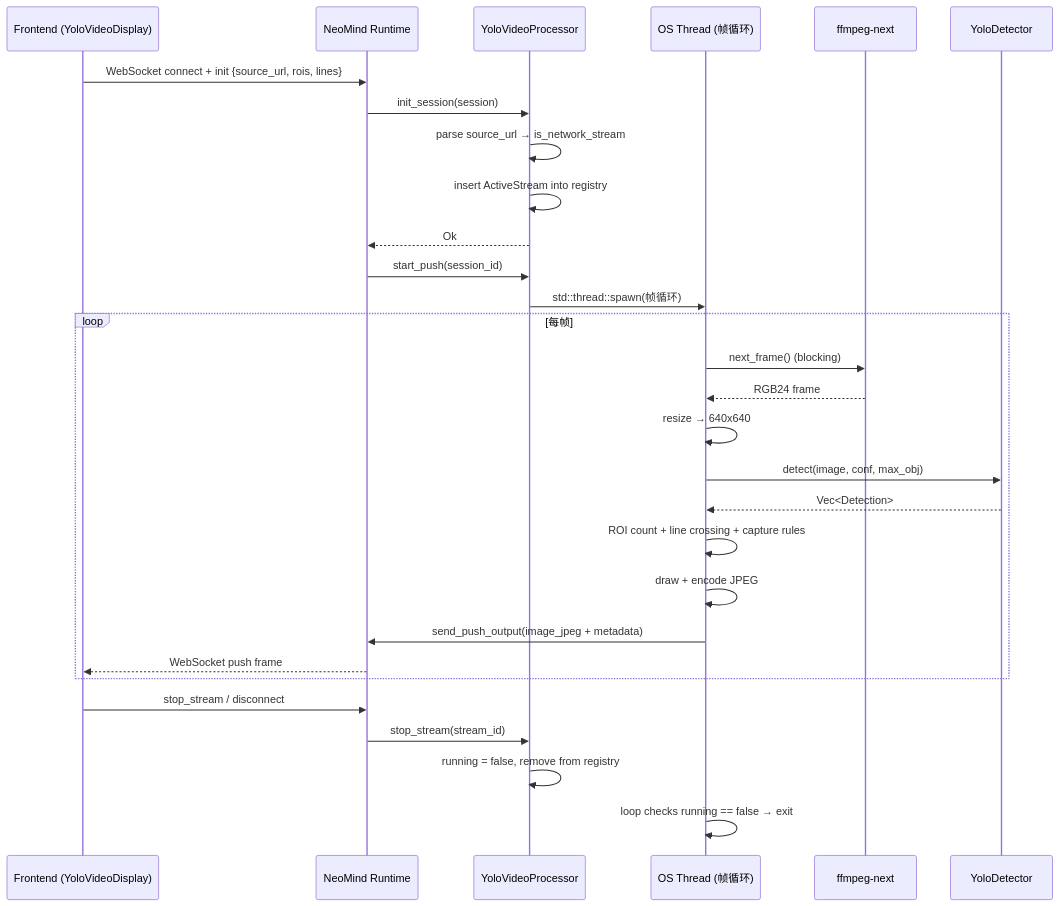
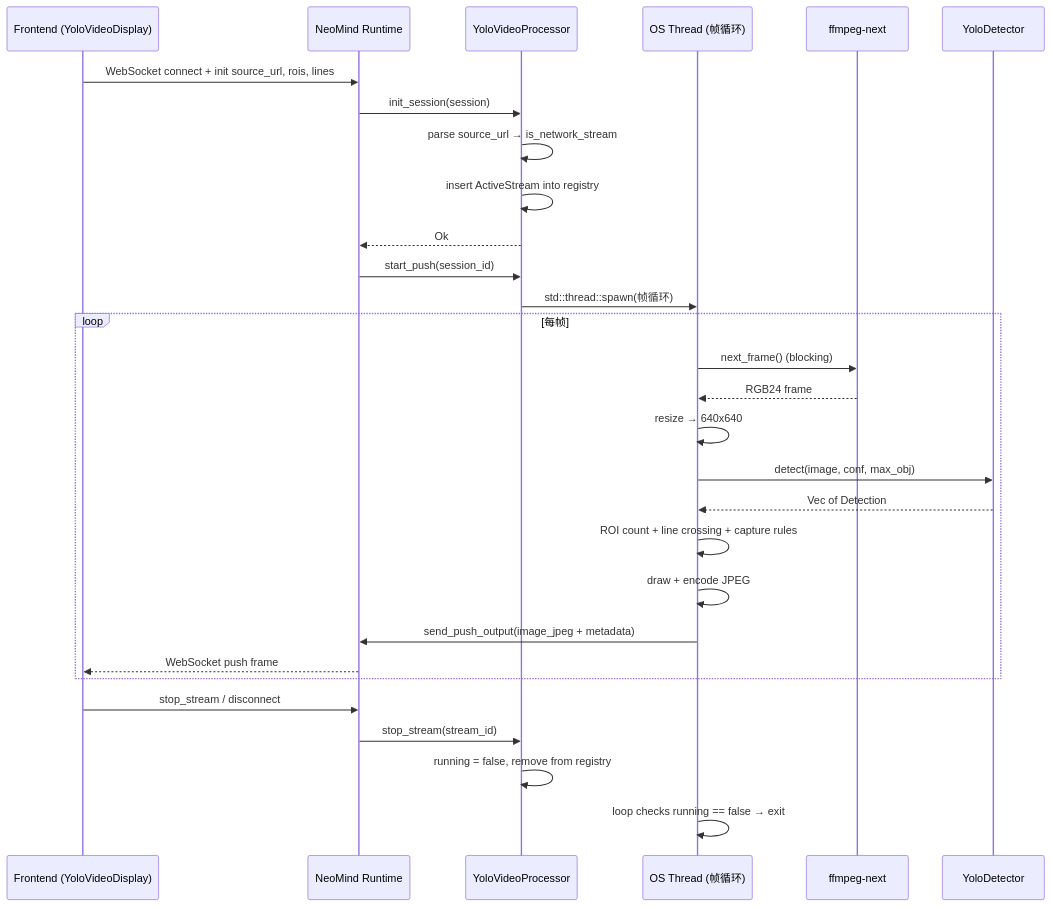
The second of 2 diagrams in docs/0-neomind/developer-guide/case-studies/3-yolo-video-v2.md (luommy/wiki-documents), drawn with Mermaid before and after one commit. The commit also changed other lines of this file and 32 other files, not shown here.

First line of the commit message:
docs(neomind/case-studies): 修复 Mermaid 解析错误、内联枚举、NE101 虚构指令

````diff
--- a/docs/0-neomind/developer-guide/case-studies/3-yolo-video-v2.md
+++ b/docs/0-neomind/developer-guide/case-studies/3-yolo-video-v2.md
@@ -413,32 +416,32 @@
 ```mermaid
 sequenceDiagram
     participant FE as Frontend (YoloVideoDisplay)
     participant RT as NeoMind Runtime
     participant EXT as YoloVideoProcessor
     participant THR as OS Thread (帧循环)
     participant FFMPEG as ffmpeg-next
     participant DET as YoloDetector
 
-    FE->>RT: WebSocket connect + init {source_url, rois, lines}
+    FE->>RT: WebSocket connect + init source_url, rois, lines
     RT->>EXT: init_session(session)
     EXT->>EXT: parse source_url → is_network_stream
     EXT->>EXT: insert ActiveStream into registry
     EXT-->>RT: Ok
     RT->>EXT: start_push(session_id)
     EXT->>THR: std::thread::spawn(帧循环)
     loop 每帧
         THR->>FFMPEG: next_frame() (blocking)
         FFMPEG-->>THR: RGB24 frame
         THR->>THR: resize → 640x640
         THR->>DET: detect(image, conf, max_obj)
-        DET-->>THR: Vec<Detection>
+        DET-->>THR: Vec of Detection
         THR->>THR: ROI count + line crossing + capture rules
         THR->>THR: draw + encode JPEG
         THR->>RT: send_push_output(image_jpeg + metadata)
         RT-->>FE: WebSocket push frame
     end
     FE->>RT: stop_stream / disconnect
     RT->>EXT: stop_stream(stream_id)
     EXT->>EXT: running = false, remove from registry
     THR->>THR: loop checks running == false → exit
 ```
````
